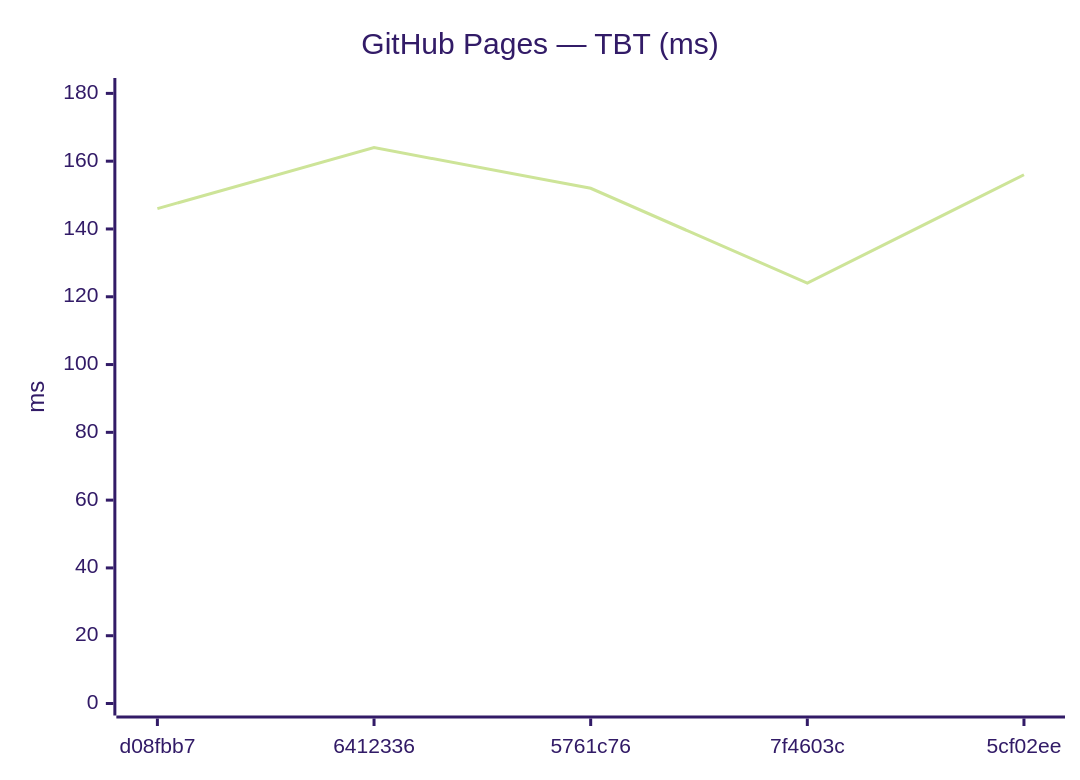
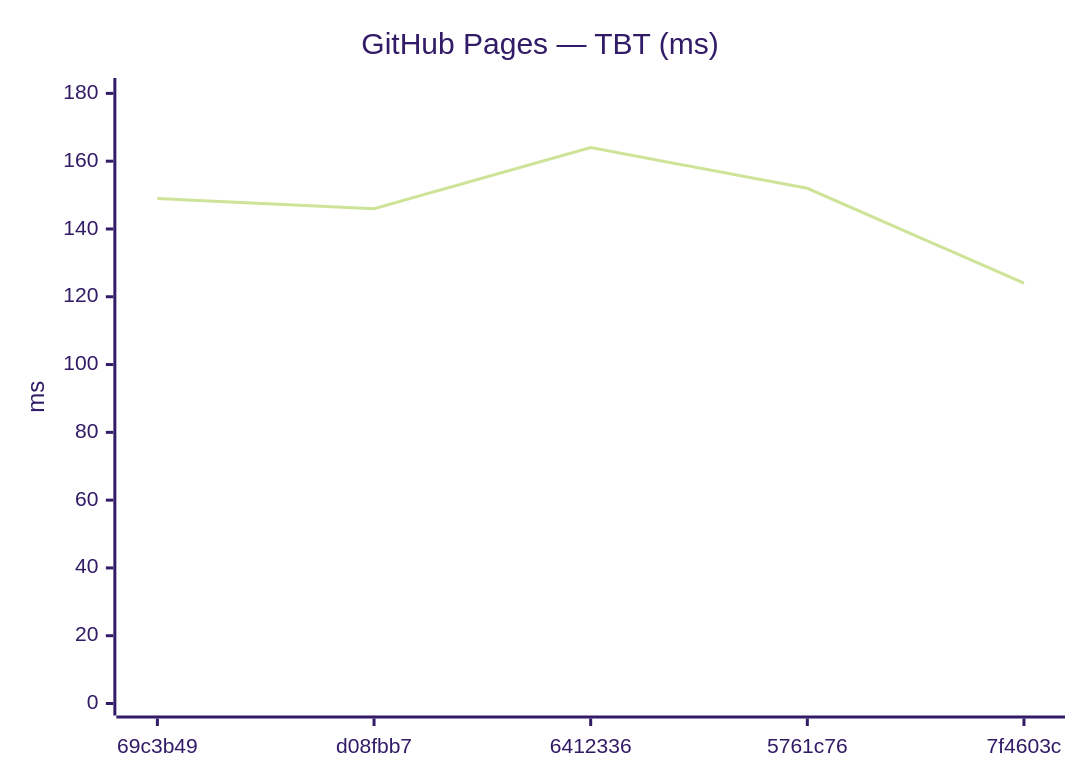
The tenth of 18 diagrams in benchmarks/compare.md (Metaheurist/Rianell), drawn with Mermaid (forest theme) before and after one commit. The commit also changed other lines of this file and 11 other files, not shown here.

````diff
--- a/benchmarks/compare.md
+++ b/benchmarks/compare.md
@@ -149,7 +149,7 @@
 ```mermaid
 xychart-beta
     title "GitHub Pages — TBT (ms)"
-    x-axis ["d08fbb7", "6412336", "5761c76", "7f4603c", "5cf02ee"]
+    x-axis ["69c3b49", "d08fbb7", "6412336", "5761c76", "7f4603c"]
     y-axis "ms" 0 --> 181
-    line [146, 164, 152, 124, 156]
+    line [149, 146, 164, 152, 124]
 ```
````
